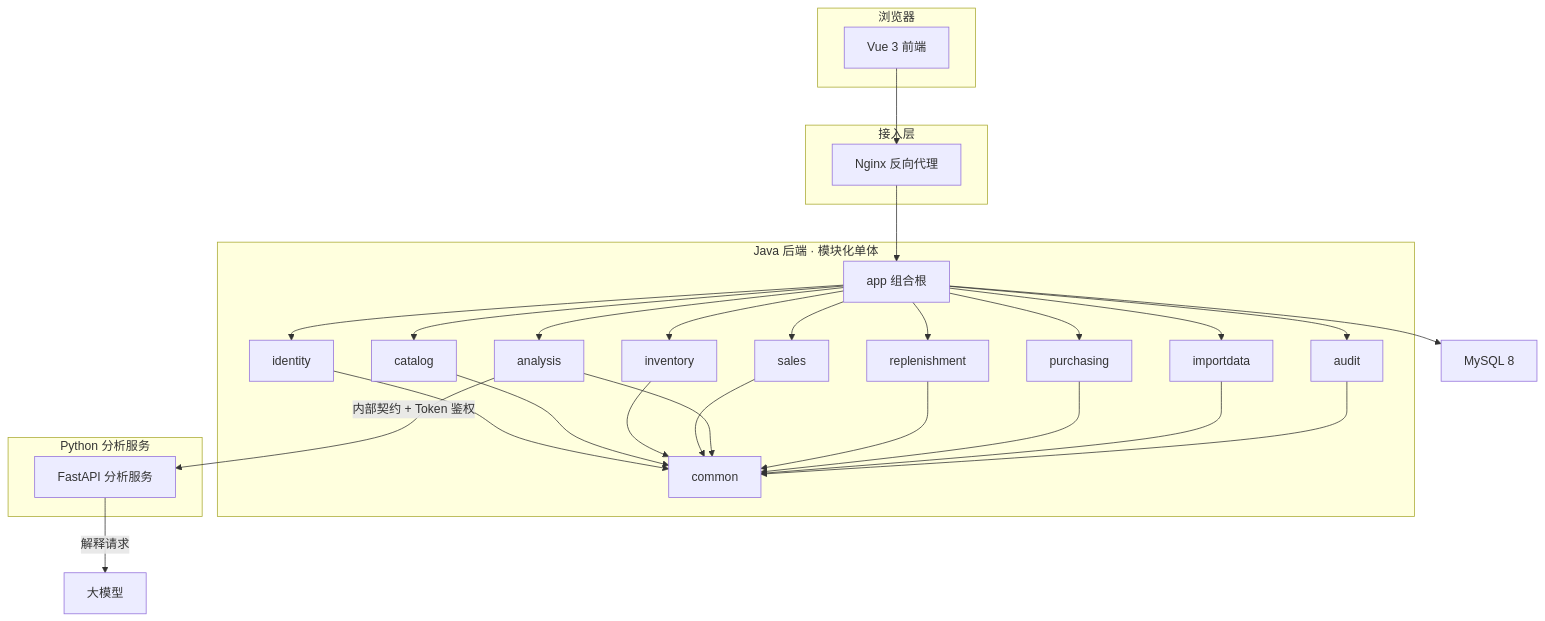
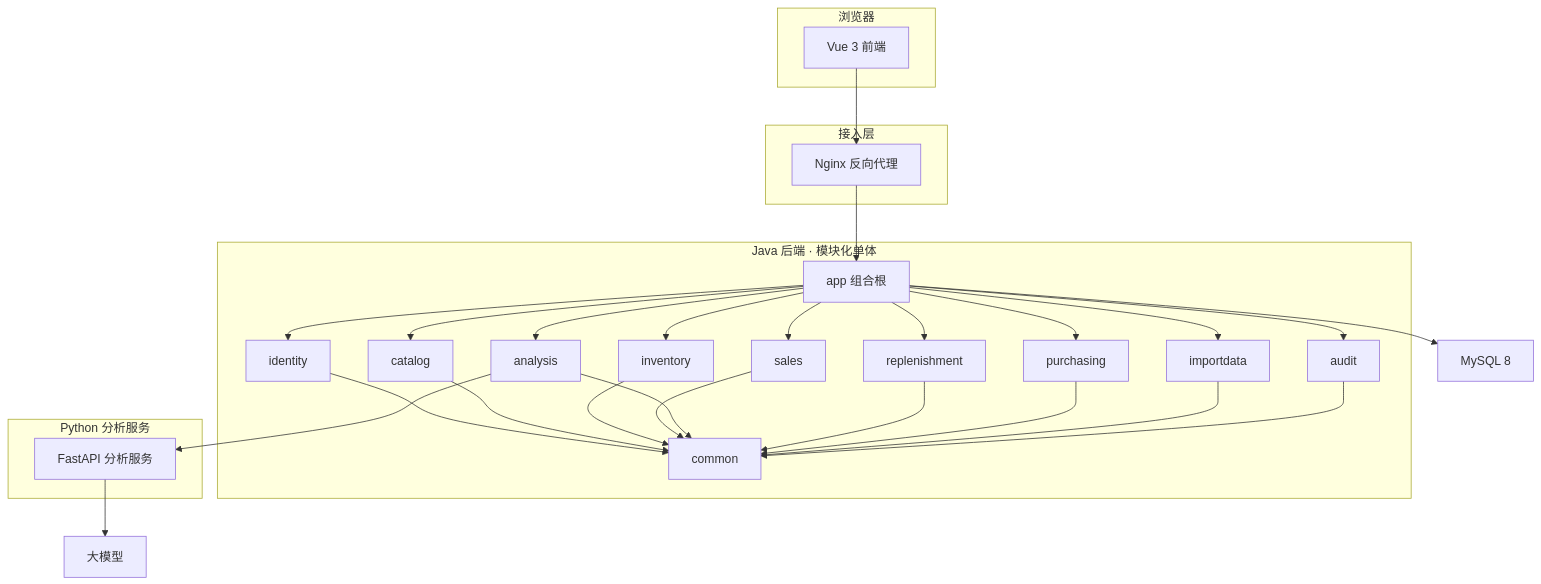
One commit to xy98773-jpg/shoppilot-ai changed the diagram in README.md. Above: the diagram before and after it, drawn with Mermaid.

Commit message:
docs: 架构图移除边标签，简化连线表达

````diff
--- a/README.md
+++ b/README.md
@@ -39,55 +39,55 @@
 ```mermaid
 flowchart TB
     subgraph Z_BROWSER[浏览器]
         FE[Vue 3 前端]
     end
 
     subgraph Z_EDGE[接入层]
         NG[Nginx 反向代理]
     end
 
     subgraph Z_JAVA[Java 后端 · 模块化单体]
         APP[app 组合根]
         IDN[identity]
         CAT[catalog]
         INV[inventory]
         SAL[sales]
         ANA[analysis]
         RPL[replenishment]
         PUR[purchasing]
         IMP[importdata]
         AUD[audit]
         CMN[common]
     end
 
     subgraph Z_PY[Python 分析服务]
         SA[FastAPI 分析服务]
     end
 
     DB[MySQL 8]
     LLM[大模型]
 
     FE --> NG
     NG --> APP
     APP --> IDN
     APP --> CAT
     APP --> INV
     APP --> SAL
     APP --> ANA
     APP --> RPL
     APP --> PUR
     APP --> IMP
     APP --> AUD
     IDN --> CMN
     CAT --> CMN
     INV --> CMN
     SAL --> CMN
     ANA --> CMN
     RPL --> CMN
     PUR --> CMN
     IMP --> CMN
     AUD --> CMN
     APP --> DB
-    ANA -->|内部契约 + Token 鉴权| SA
-    SA -->|解释请求| LLM
+    ANA --> SA
+    SA --> LLM
 ```
````
